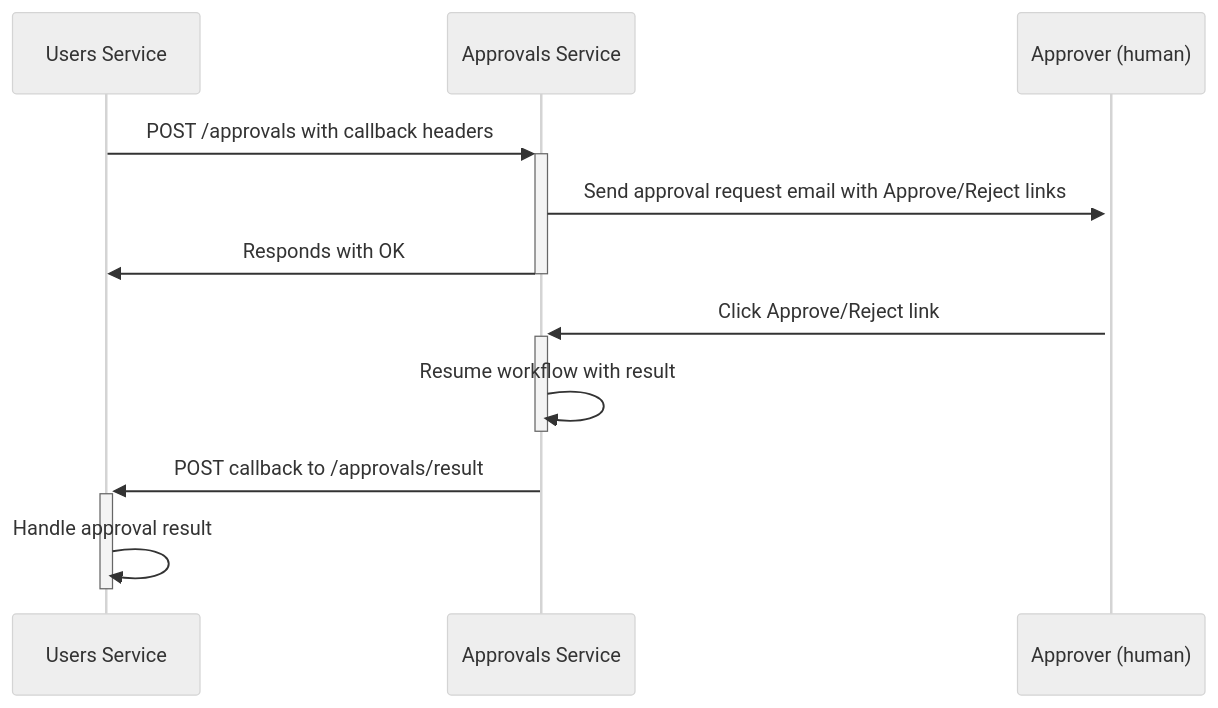
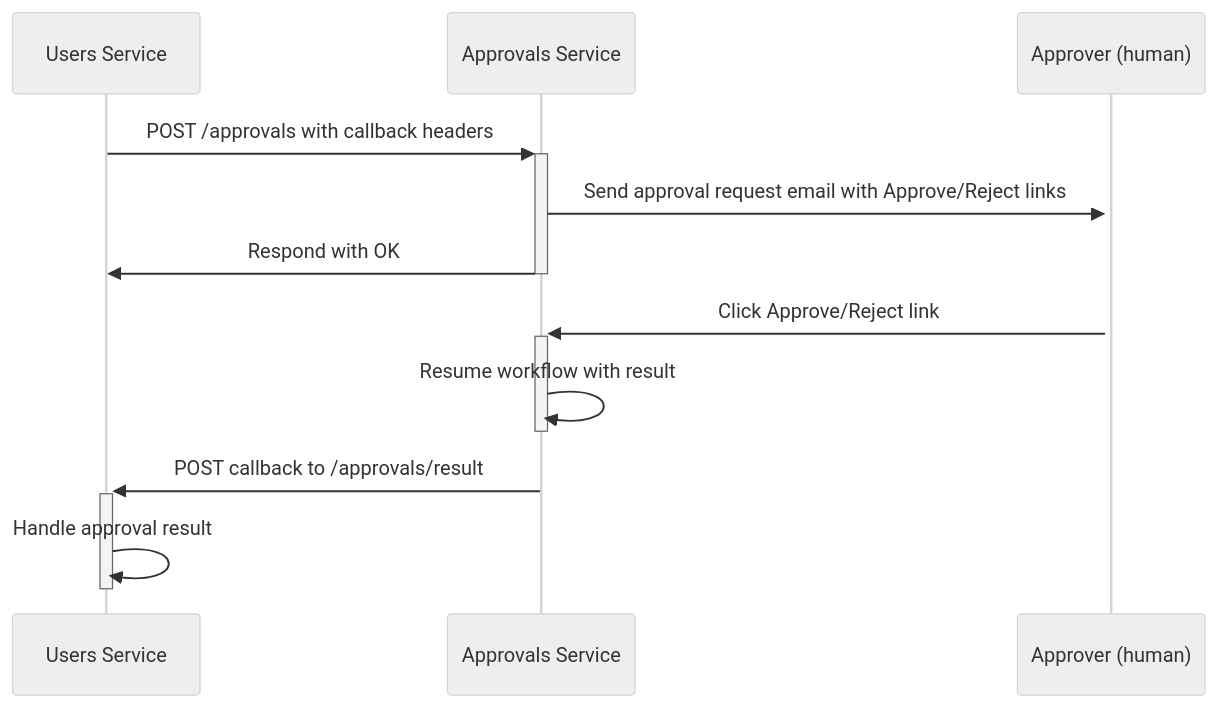
The diagram in samples/ApprovalWorkflow/README.md (gianvitodifilippo/DTasks), drawn with Mermaid (neutral theme) before and after one commit. The commit also changed other lines of this file and 9 other files, not shown here.

````diff
--- a/samples/ApprovalWorkflow/README.md
+++ b/samples/ApprovalWorkflow/README.md
@@ -21,16 +19,16 @@
 ```mermaid
 sequenceDiagram
-    participant UserService as Users Service
-    participant ApprovalsService as Approvals Service
+    participant Users as Users Service
+    participant Approvals as Approvals Service
     participant Approver as Approver (human)
     
-    UserService->>+ApprovalsService: POST /approvals with callback headers
-    ApprovalsService->>+Approver: Send approval request email with Approve/Reject links
-    ApprovalsService->>-UserService: Responds with OK
+    Users->>+Approvals: POST /approvals with callback headers
+    Approvals->>+Approver: Send approval request email with Approve/Reject links
+    Approvals->>-Users: Respond with OK
 
-    Approver->>+ApprovalsService: Click Approve/Reject link
-    ApprovalsService->>-ApprovalsService: Resume workflow with result
+    Approver->>+Approvals: Click Approve/Reject link
+    Approvals->>-Approvals: Resume workflow with result
 
-    ApprovalsService->>+UserService: POST callback to /approvals/result
-    UserService->>-UserService: Handle approval result
+    Approvals->>+Users: POST callback to /approvals/result
+    Users->>-Users: Handle approval result
 ```
````
